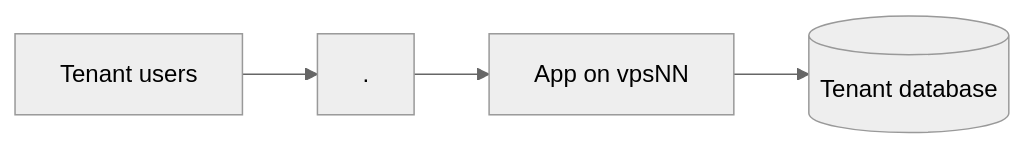
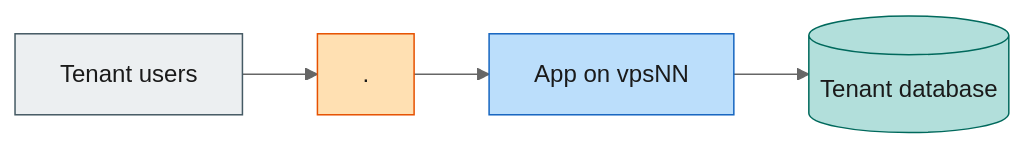
One commit to varunpathania86/nigu-lite changed the diagram in docs/templates/tenant/README.template.md. Above: the diagram before and after it, drawn with Mermaid (neutral theme). The commit also changed 38 other files, not shown here.

````diff
--- a/docs/templates/tenant/README.template.md
+++ b/docs/templates/tenant/README.template.md
@@ -8,4 +8,12 @@
 ```mermaid
 flowchart LR
   U[Tenant users] --> H["<tenant-id>.<schooledu.in|erpos.in>"] --> A[App on vpsNN] --> D[(Tenant database)]
+  class U user
+  class H edge
+  class A app
+  class D data
+  classDef user fill:#eceff1,stroke:#455a64,color:#1a1a1a
+  classDef edge fill:#ffe0b2,stroke:#e65100,color:#1a1a1a
+  classDef app fill:#bbdefb,stroke:#1565c0,color:#1a1a1a
+  classDef data fill:#b2dfdb,stroke:#00695c,color:#1a1a1a
 ```
````
